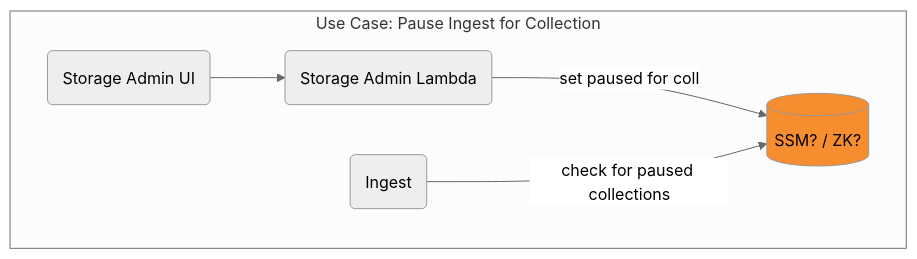
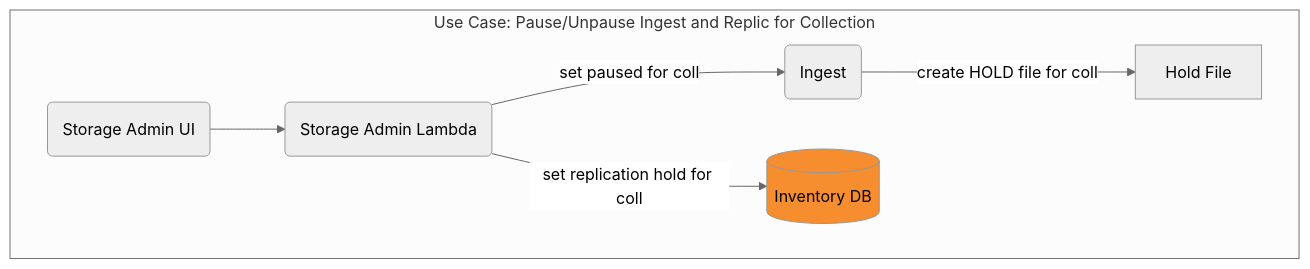
Before and after one commit to CDLUC3/mrt-doc: the diagram in diagrams/store-admin-pause-ing-for-coll.mmd, drawn with Mermaid. The commit also changed 2 other files, not shown here.

Commit message:
Update hold process

```diff
--- a/diagrams/store-admin-pause-ing-for-coll.mmd
+++ b/diagrams/store-admin-pause-ing-for-coll.mmd
@@ -1,14 +1,15 @@
 %%{init: {'theme': 'neutral', 'securityLevel': 'loose'}}%%
 graph TD
   SAUI("Storage Admin UI")
   SA("Storage Admin Lambda")
-  TBD[(SSM? / ZK?)]
+  RDS[(Inventory DB)]
   ING(Ingest)
 
-  subgraph "Use Case: Pause Ingest for Collection"
+  subgraph "Use Case: Pause/Unpause Ingest and Replic for Collection"
     SAUI-->SA
-    SA-->|"set paused for coll"|TBD
-    ING-->|"check for paused collections"|TBD
+    SA-->|"set paused for coll"|ING
+    ING-->|"create HOLD file for coll"|HOLD[Hold File]
+    SA-->|"set replication hold for coll"|RDS
   end
 
-  style TBD fill:#F68D2F
+  style RDS fill:#F68D2F
```
